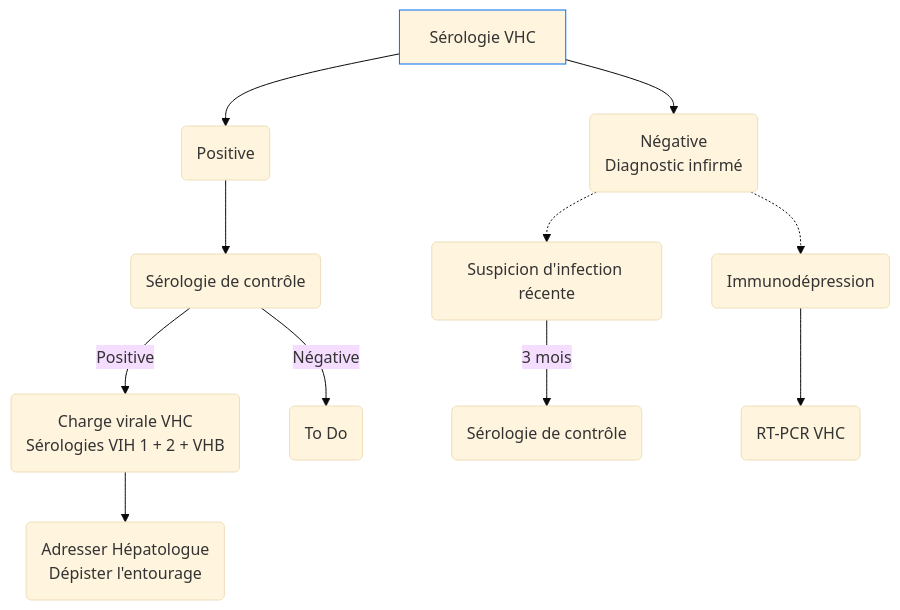
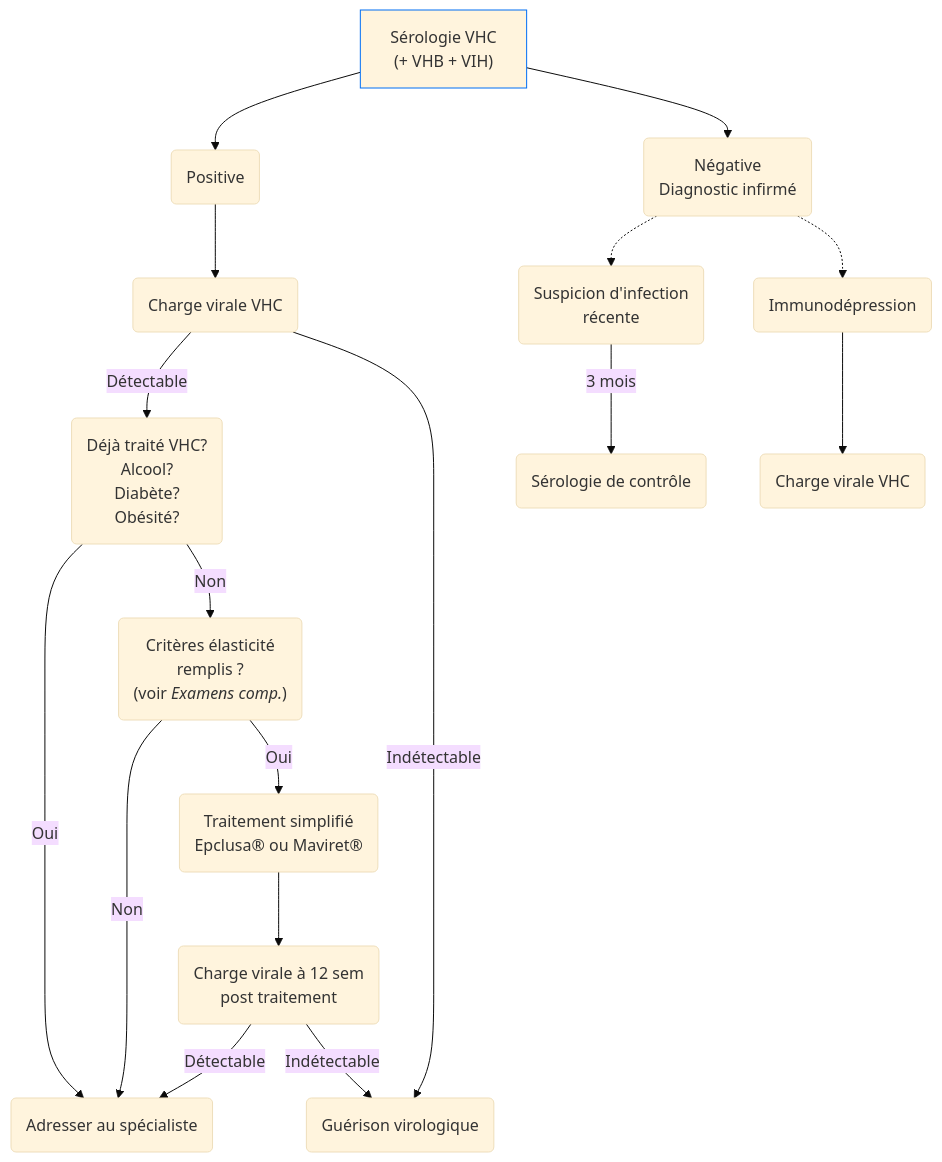
The first of 2 diagrams in content/recommandations/hepatite-c.md (djibe/recommandations-medicales), drawn with Mermaid (base theme) before and after one commit. The commit also changed other lines of this file and 3 other files, not shown here.

```diff
--- a/content/recommandations/hepatite-c.md
+++ b/content/recommandations/hepatite-c.md
@@ -177,14 +237,20 @@
 {{< mermaid title="Conduite à tenir devant un résultat de sérologie d'hépatite C. Dr JB FRON d'après HAS 2019" >}}
 graph TB
-  serologie[Sérologie VHC] --> serologie+(Positive)
+  serologie["Sérologie VHC<br>(+ VHB + VIH)"] --> serologie+(Positive)
   style serologie stroke:#006ef4, stroke-width:1px
-  serologie+ --> controle(Sérologie de contrôle)
-    controle -- Positive --> pcr(Charge virale VHC<br>Sérologies VIH 1 + 2 + VHB)
-    controle -- Négative --> controleNegatif(To Do)
-    pcr --> mg(Adresser Hépatologue<br>Dépister l'entourage)
+  serologie+ --> pcr(Charge virale VHC)
+    pcr -- Détectable --> comorbidite("Déjà traité VHC?<br>Alcool?<br>Diabète?<br>Obésité?")
+      comorbidite -- Oui --> spe(Adresser au spécialiste)
+      comorbidite -- Non --> elasticite("Critères élasticité<br>remplis ?<br>(voir <em>Examens comp.</em>)")
+        elasticite -- Non --> spe
+        elasticite -- Oui --> aad("Traitement simplifié<br>Epclusa&reg; ou Maviret&reg;")
+          aad --> eradication("Charge virale à 12 sem<br>post traitement")
+            eradication -- Détectable --> spe
+            eradication -- Indétectable --> guerison
+    pcr -- Indétectable --> guerison(Guérison virologique)
   serologie --> serologie-(Négative<br>Diagnostic infirmé)
-  serologie- -.-> infRecente(Suspicion d'infection récente)
+  serologie- -.-> infRecente(Suspicion d'infection<br>récente)
     infRecente -- 3 mois --> 3mois(Sérologie de contrôle)
   serologie- -.-> immunodep(Immunodépression)
-    immunodep --> pcr2(RT-PCR VHC)
+    immunodep --> pcr2(Charge virale VHC)
 {{< /mermaid >}}
```
